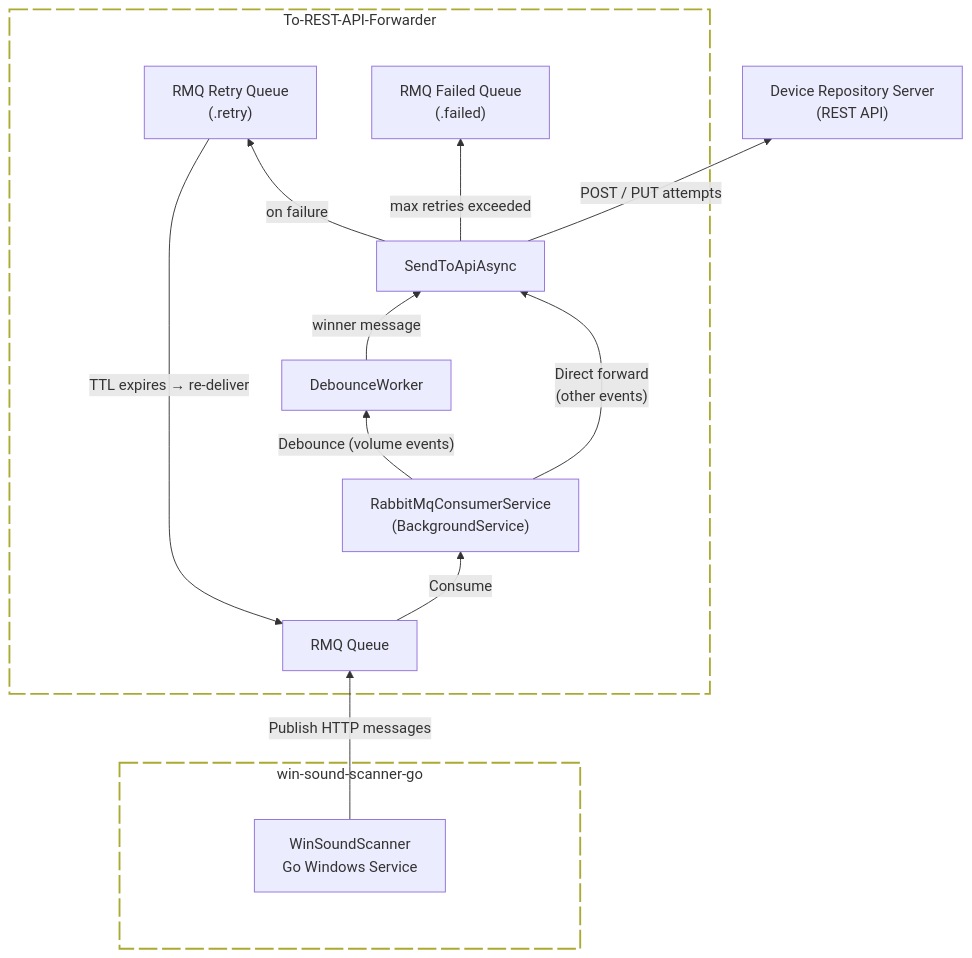
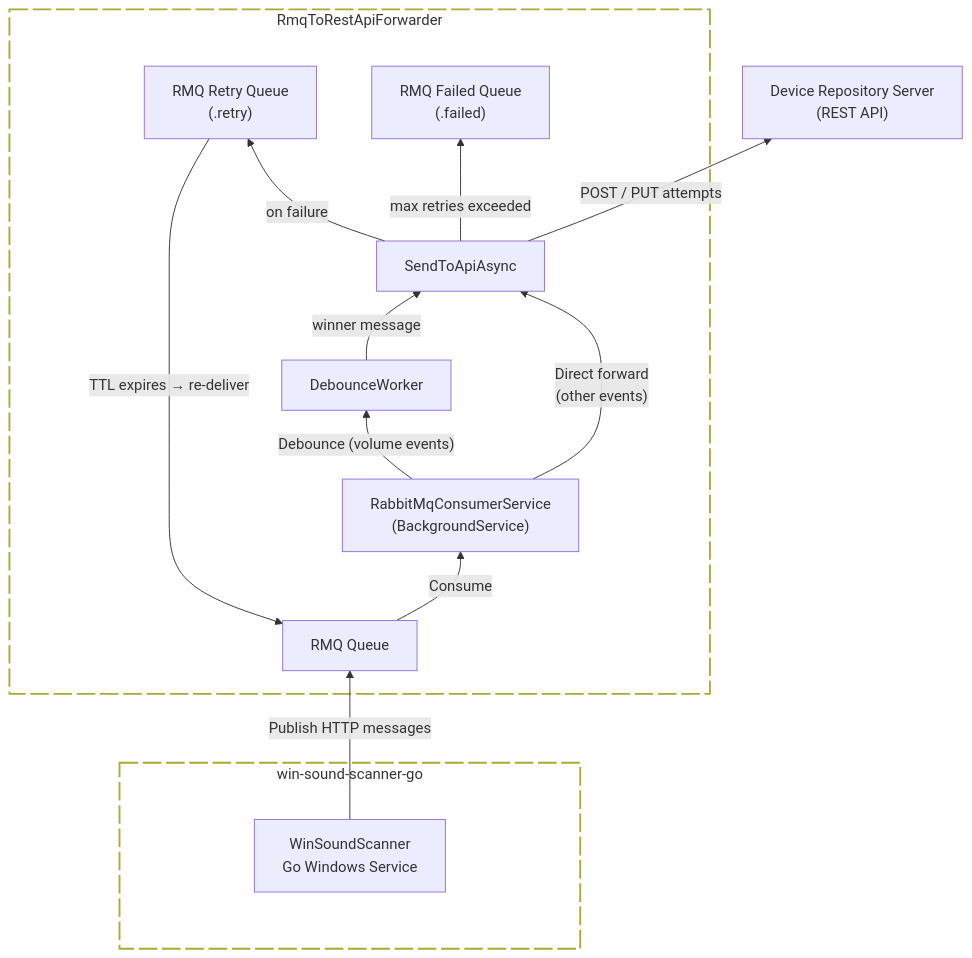
The second of 2 diagrams in README.md (eduarddanziger/rmq-to-rest-api-forwarder), drawn with Mermaid before and after one commit. The commit also changed other lines of this file, not shown here.

````diff
--- a/README.md
+++ b/README.md
@@ -88,46 +88,46 @@
 ```mermaid
 flowchart BT
 
 classDef invisibleNode fill:transparent,stroke:transparent;
 classDef dottedBox fill:transparent,fill-opacity:0.55, stroke-dasharray:20 5,stroke-width:2px;
 
 subgraph scannerService["win-sound-scanner-go"]
     invisible1["<br><br><br><br><br>"]
     class invisible1 invisibleNode
     A["WinSoundScanner<br>Go Windows Service"]
     invisible2["<br><br><br><br><br>"]
     class invisible2 invisibleNode
 end
 class scannerService dottedBox
 
 
-subgraph forwarder["To-REST-API-Forwarder"]
+subgraph forwarder["RmqToRestApiForwarder"]
     invisible3["<br><br><br><br><br>"]
     class invisible3 invisibleNode
     B["RMQ Queue"]
     C["RabbitMqConsumerService<br>(BackgroundService)"]
     D["DebounceWorker"]
     E["SendToApiAsync"]
     G["RMQ Retry Queue<br>(.retry)"]
     H["RMQ Failed Queue<br>(.failed)"]
 
     invisible4["<br><br><br><br><br>"]
     class invisible4 invisibleNode
 end
 class forwarder dottedBox
 
 
 deviceRepositoryApi["Device Repository Server<br>(REST API)"]
 
     A -->|"Publish HTTP messages"| B
     B -->|"Consume"| C
     C -->|"Debounce (volume events)"| D
     C -->|"Direct forward<br>(other events)"| E
     D -->|"winner message"| E
     E -->|"POST / PUT attempts"| deviceRepositoryApi
 
 
     E -->|"on failure"| G
     G -->|"TTL expires → re-deliver"| B
     E -->|"max retries exceeded"| H
 ```
````
